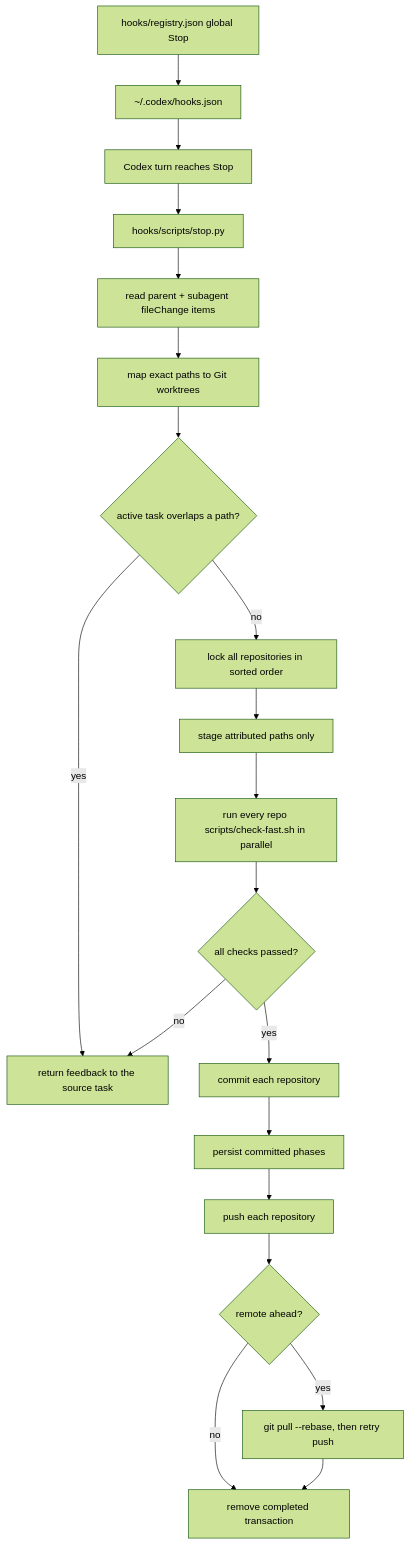
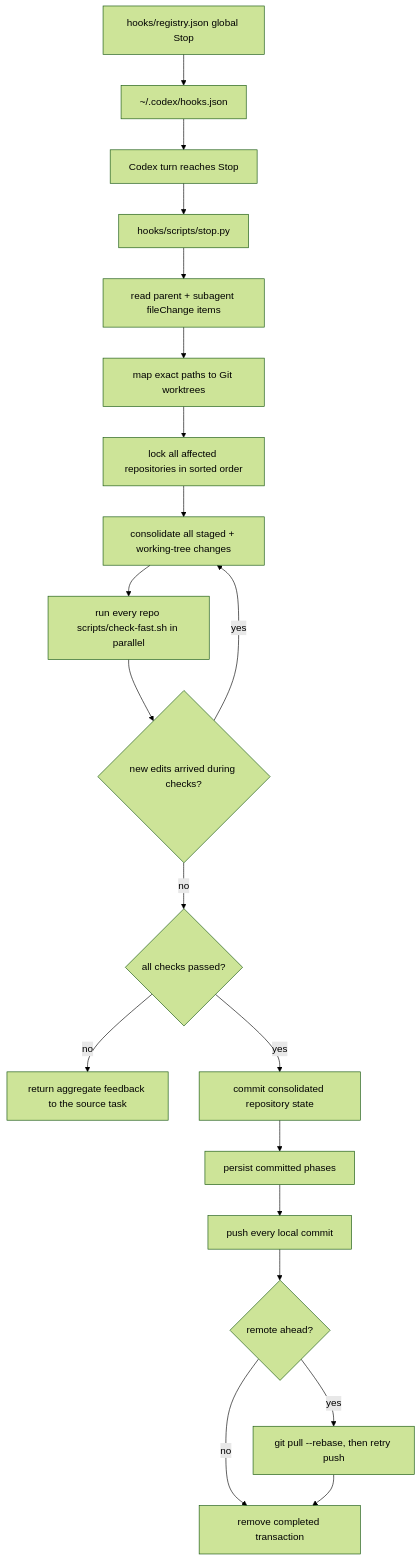
The fifth of 5 diagrams in docs/architecture/codex-control-plane-script-flows.md (wisdom-in-a-nutshell/.agents), drawn with Mermaid (forest theme) before and after one commit. The commit also changed other lines of this file and 5 other files, not shown here.

````diff
--- a/docs/architecture/codex-control-plane-script-flows.md
+++ b/docs/architecture/codex-control-plane-script-flows.md
@@ -115,22 +115,22 @@
 ```mermaid
 flowchart TD
     A["hooks/registry.json global Stop"] --> B["~/.codex/hooks.json"]
     B --> C["Codex turn reaches Stop"]
     C --> D["hooks/scripts/stop.py"]
     D --> E["read parent + subagent fileChange items"]
     E --> F["map exact paths to Git worktrees"]
-    F --> G{"active task overlaps a path?"}
-    G -->|"yes"| H["return feedback to the source task"]
-    G -->|"no"| I["lock all repositories in sorted order"]
-    I --> J["stage attributed paths only"]
-    J --> K["run every repo scripts/check-fast.sh in parallel"]
-    K --> L{"all checks passed?"}
-    L -->|"no"| H
-    L -->|"yes"| M["commit each repository"]
+    F --> G["lock all affected repositories in sorted order"]
+    G --> H["consolidate all staged + working-tree changes"]
+    H --> I["run every repo scripts/check-fast.sh in parallel"]
+    I --> J{"new edits arrived during checks?"}
+    J -->|"yes"| H
+    J -->|"no"| K{"all checks passed?"}
+    K -->|"no"| L["return aggregate feedback to the source task"]
+    K -->|"yes"| M["commit consolidated repository state"]
     M --> N["persist committed phases"]
-    N --> O["push each repository"]
+    N --> O["push every local commit"]
     O --> P{"remote ahead?"}
     P -->|"yes"| Q["git pull --rebase, then retry push"]
     P -->|"no"| R["remove completed transaction"]
     Q --> R
 ```
````
